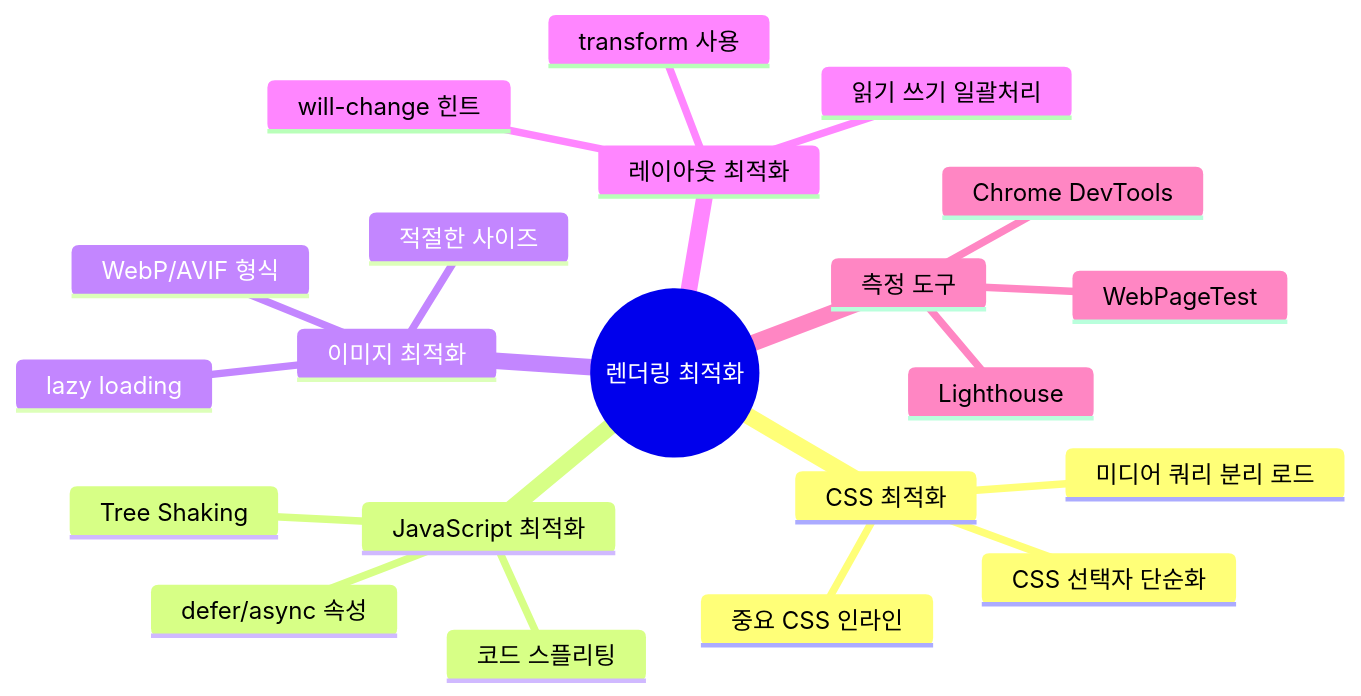
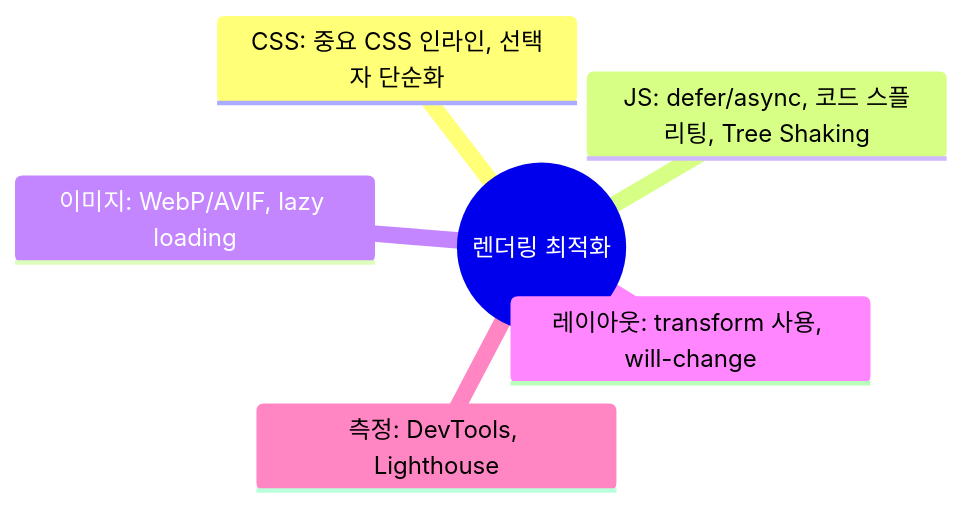
The tenth of 10 diagrams in _posts/frontend/2026-05-02-browser-rendering.md (yjkim2015/yjkim2015.github.io), drawn with Mermaid before and after one commit. The commit also changed other lines of this file and 215 other files, not shown here.

First line of the commit message:
신규 포스트 10개 추가 + Mermaid 전면 축소 + SystemDesign 시리즈 보강

````diff
--- a/_posts/frontend/2026-05-02-browser-rendering.md
+++ b/_posts/frontend/2026-05-02-browser-rendering.md
@@ -441,24 +392,9 @@
 ```mermaid
 mindmap
   root((렌더링 최적화))
-    CSS 최적화
-      중요 CSS 인라인
-      미디어 쿼리 분리 로드
-      CSS 선택자 단순화
-    JavaScript 최적화
-      defer/async 속성
-      코드 스플리팅
-      Tree Shaking
-    이미지 최적화
-      WebP/AVIF 형식
-      lazy loading
-      적절한 사이즈
-    레이아웃 최적화
-      읽기 쓰기 일괄처리
-      transform 사용
-      will-change 힌트
-    측정 도구
-      Chrome DevTools
-      Lighthouse
-      WebPageTest
+    CSS: 중요 CSS 인라인, 선택자 단순화
+    JS: defer/async, 코드 스플리팅, Tree Shaking
+    이미지: WebP/AVIF, lazy loading
+    레이아웃: transform 사용, will-change
+    측정: DevTools, Lighthouse
 ```
````
